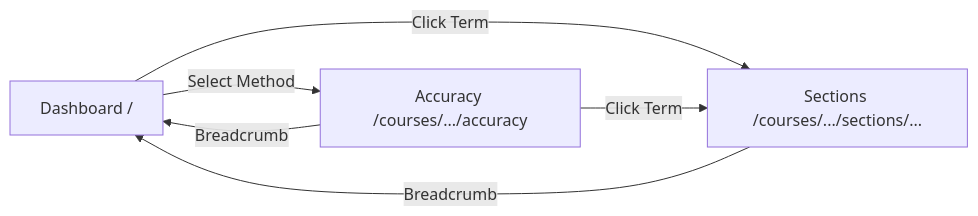
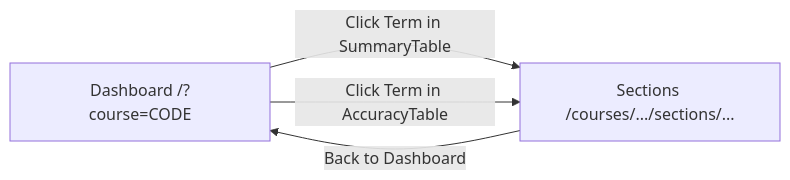
Before and after one commit to db-unicode/investigacion-app: the second of 2 diagrams in docs/architecture/frontend/section-summary/system-impact.md, drawn with Mermaid. The commit also changed other lines of this file and 2 other files, not shown here.

Commit message:
:memo: update section-summary frontend use-case docs

````diff
--- a/docs/architecture/frontend/section-summary/system-impact.md
+++ b/docs/architecture/frontend/section-summary/system-impact.md
@@ -90,8 +91,6 @@
 ```mermaid
 flowchart LR
-    DASH[Dashboard /] --> |Click Term| SEC[Sections /courses/.../sections/...]
-    DASH --> |Select Method| ACC[Accuracy /courses/.../accuracy]
-    ACC --> |Click Term| SEC
-    SEC --> |Breadcrumb| DASH
-    ACC --> |Breadcrumb| DASH
+    DASH[Dashboard /?course=CODE] --> |Click Term in SummaryTable| SEC[Sections /courses/.../sections/...]
+    DASH --> |Click Term in AccuracyTable| SEC
+    SEC --> |Back to Dashboard| DASH
 ```
````
